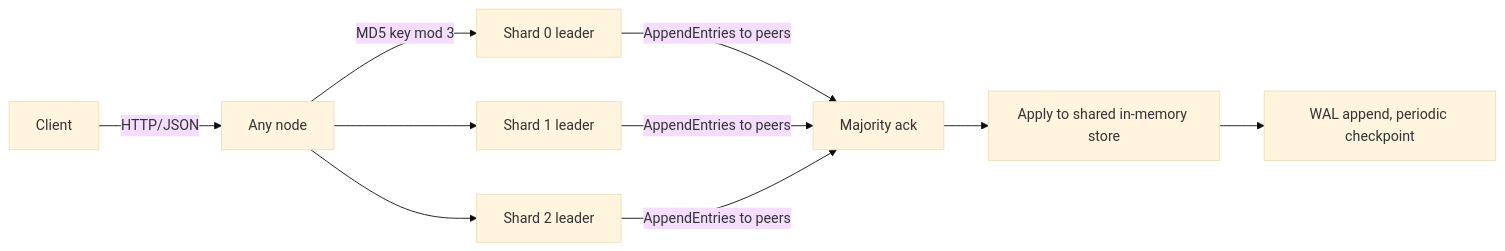
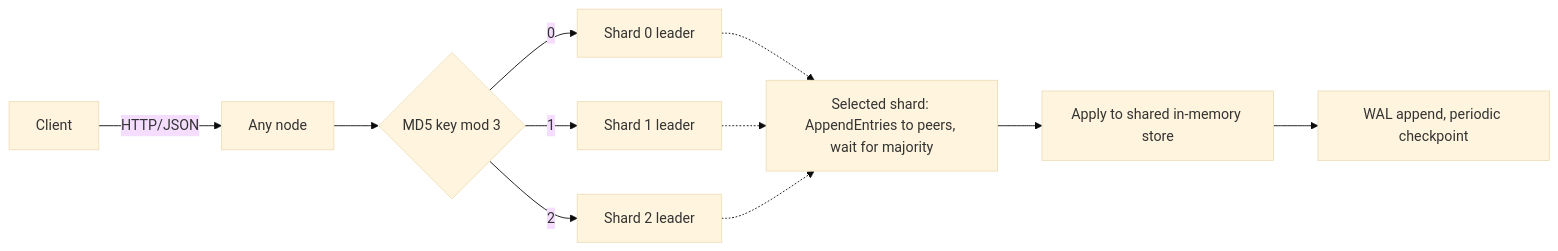
One commit to 96528025/distributed-kv changed the diagram in README.md. Above: the diagram before and after it, drawn with Mermaid (base theme). The commit also changed other lines of this file and 1 other file, not shown here.

First line of the commit message:
docs: scope the failure-injection claim, redraw shard routing, soften benchmark causality

````diff
--- a/README.md
+++ b/README.md
@@ -77,10 +79,13 @@
 ```mermaid
 flowchart LR
     C[Client] -->|HTTP/JSON| N[Any node]
-    N -->|MD5 key mod 3| S0[Shard 0 leader]
-    N --> S1[Shard 1 leader]
-    N --> S2[Shard 2 leader]
-    S0 & S1 & S2 -->|AppendEntries to peers| Q[Majority ack]
-    Q --> A[Apply to shared in-memory store]
+    N --> H{MD5 key mod 3}
+    H -->|0| S0[Shard 0 leader]
+    H -->|1| S1[Shard 1 leader]
+    H -->|2| S2[Shard 2 leader]
+    S0 -.-> Q
+    S1 -.-> Q
+    S2 -.-> Q
+    Q[Selected shard: AppendEntries to peers, wait for majority] --> A[Apply to shared in-memory store]
     A --> P[WAL append, periodic checkpoint]
 ```
````
